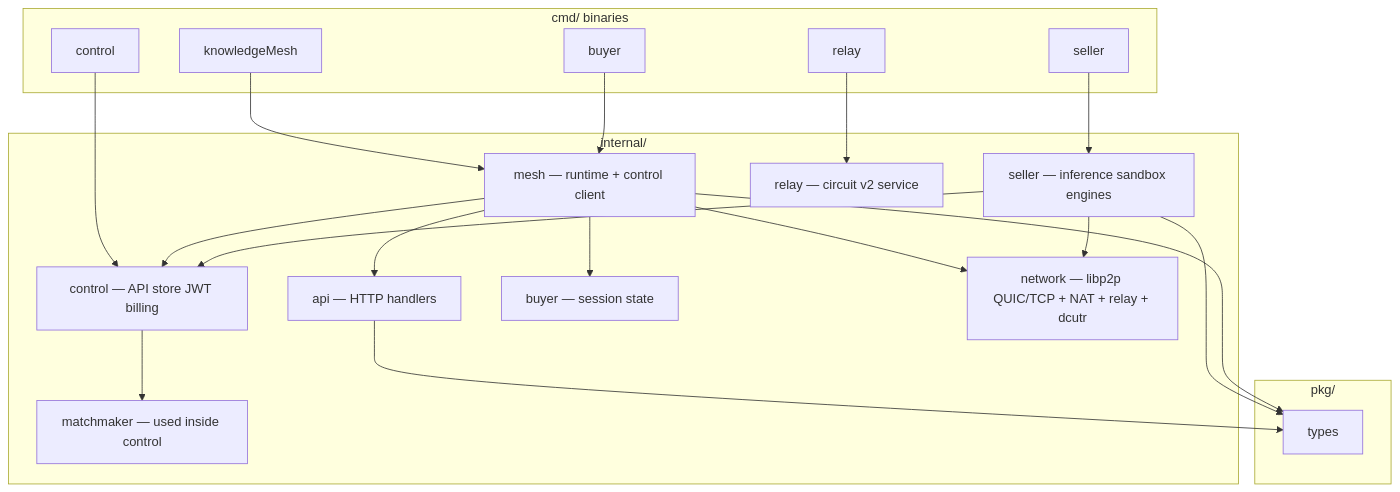
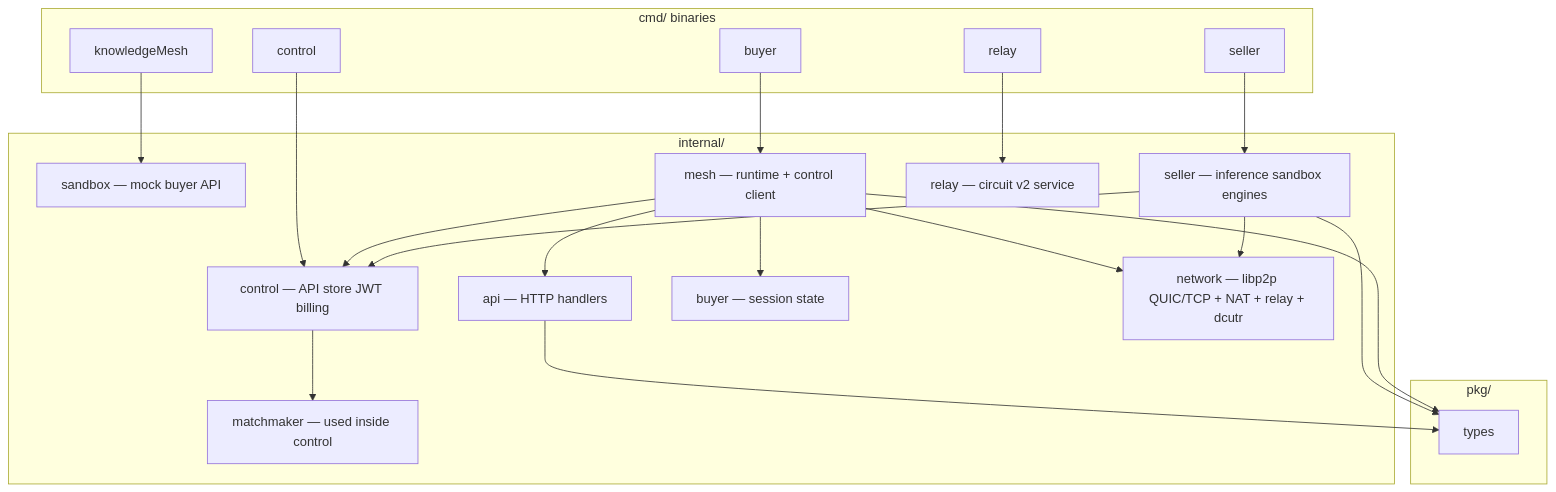
Before and after one commit to Knowledge-Mesh/knowledgeMesh: the third of 6 diagrams in ARCHITECTURE.md, drawn with Mermaid. The commit also changed other lines of this file and 4 other files, not shown here.

````diff
--- a/ARCHITECTURE.md
+++ b/ARCHITECTURE.md
@@ -72,41 +72,42 @@
 ```mermaid
 flowchart TB
   subgraph cmd["cmd/ binaries"]
     c1[knowledgeMesh]
     c2[buyer]
     c3[seller]
     c4[control]
     c5[relay]
   end
 
   subgraph internal["internal/"]
+    i0[sandbox — mock buyer API]
     i1[control — API store JWT billing]
     i2[mesh — runtime + control client]
     i3[api — HTTP handlers]
     i4[seller — inference sandbox engines]
     i5[buyer — session state]
     i6[network — libp2p QUIC/TCP + NAT + relay + dcutr]
     i8[relay — circuit v2 service]
     i7[matchmaker — used inside control]
   end
 
   subgraph pkg["pkg/"]
     p1[types]
   end
 
   c4 --> i1
-  c1 --> i2
+  c1 --> i0
   c2 --> i2
   c3 --> i4
   c5 --> i8
   i2 --> i3
   i2 --> i6
   i2 --> i5
   i2 --> i1
   i4 --> i6
   i4 --> i1
   i1 --> i7
   i3 --> p1
   i4 --> p1
   i2 --> p1
 ```
````
